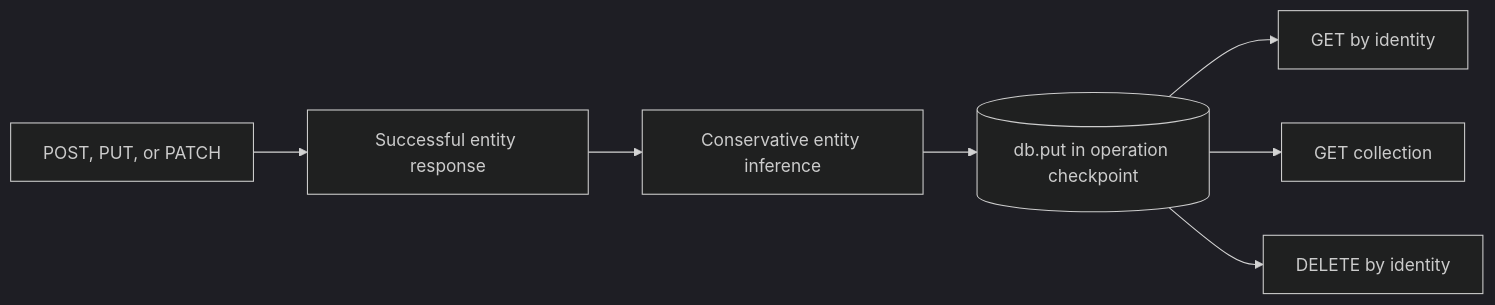
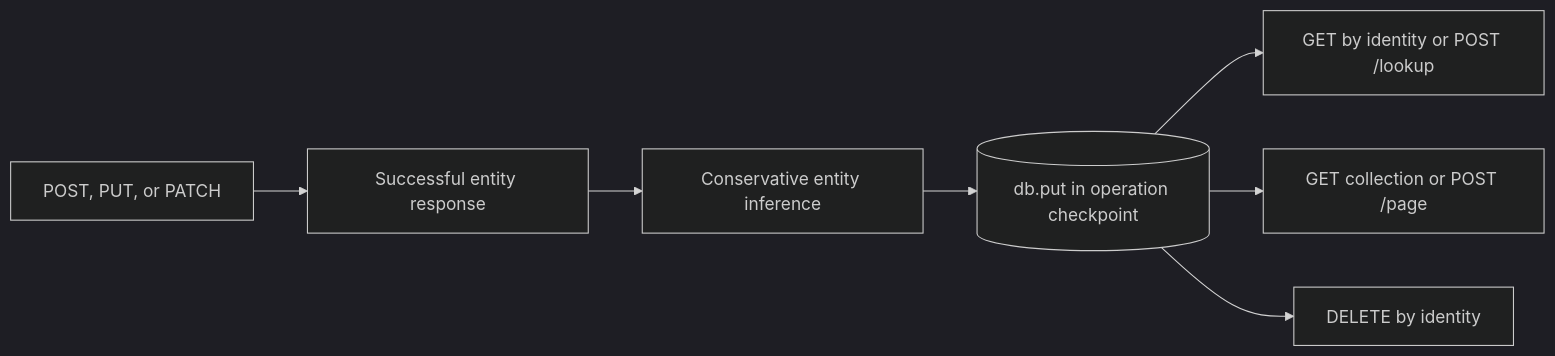
Before and after one commit to inttegro/simile: the diagram in docs/stateful-services.md, drawn with Mermaid (dark theme). The commit also changed other lines of this file and 9 other files, not shown here.

````diff
--- a/docs/stateful-services.md
+++ b/docs/stateful-services.md
@@ -11,9 +12,9 @@
 ```mermaid
 flowchart LR
   Write[POST, PUT, or PATCH] --> Response[Successful entity response]
   Response --> Infer[Conservative entity inference]
   Infer --> Commit[(db.put in operation checkpoint)]
-  Commit --> Read[GET by identity]
-  Commit --> List[GET collection]
+  Commit --> Read[GET by identity or POST /lookup]
+  Commit --> List[GET collection or POST /page]
   Commit --> Delete[DELETE by identity]
 ```
````
